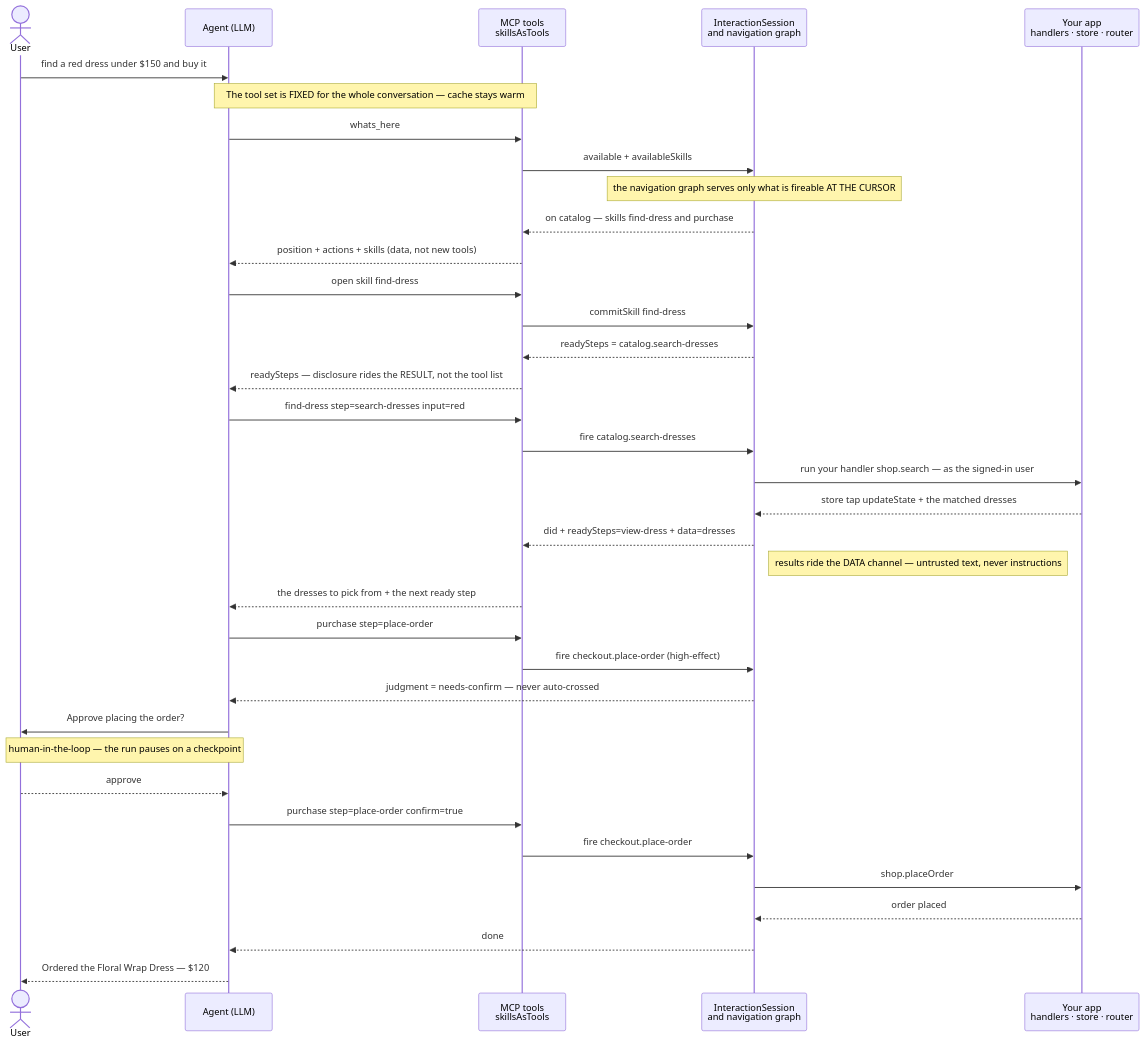
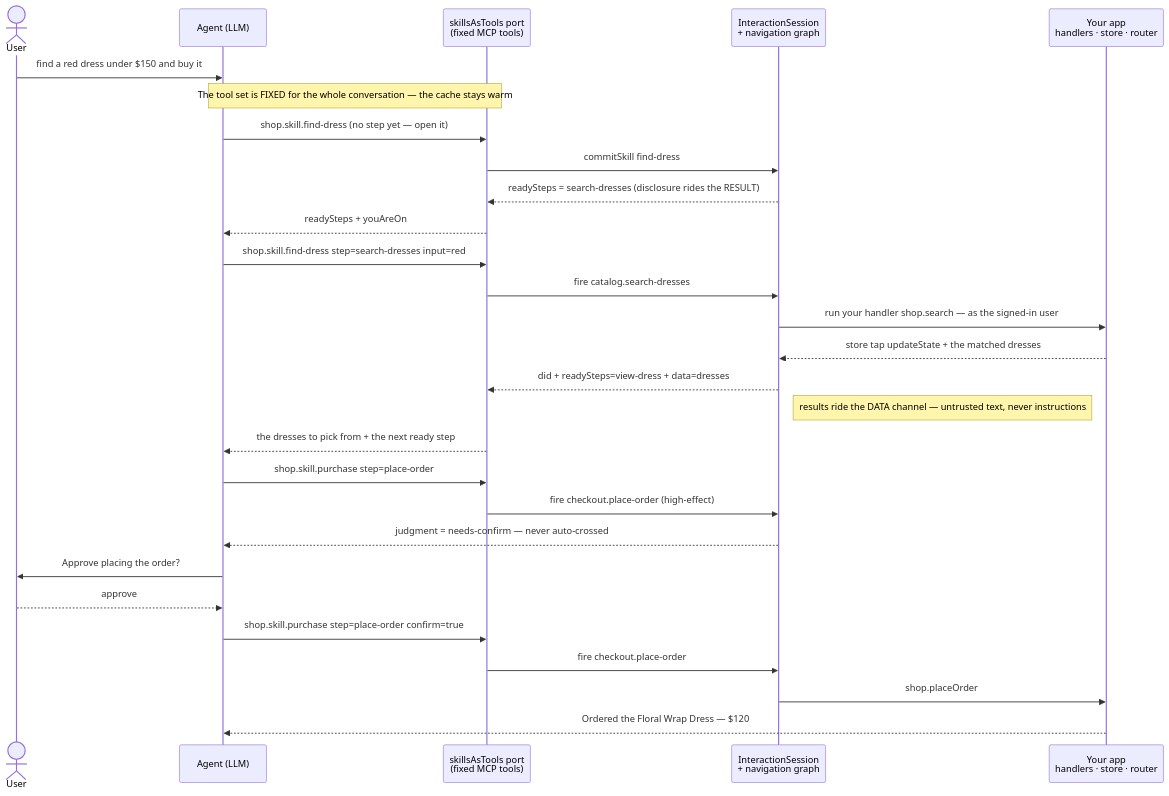
The diagram in README.md (footprintjs/hcifootprint), drawn with Mermaid before and after one commit. The commit also changed other lines of this file and 17 other files, not shown here.

````diff
--- a/README.md
+++ b/README.md
@@ -47,43 +162,34 @@
 ```mermaid
 sequenceDiagram
   actor U as User
   participant A as Agent (LLM)
-  participant T as MCP tools<br/>skillsAsTools
-  participant S as InteractionSession<br/>and navigation graph
+  participant T as skillsAsTools port<br/>(fixed MCP tools)
+  participant S as InteractionSession<br/>+ navigation graph
   participant App as Your app<br/>handlers · store · router
 
   U->>A: find a red dress under $150 and buy it
-  Note over A,T: The tool set is FIXED for the whole conversation — cache stays warm
+  Note over A,T: The tool set is FIXED for the whole conversation — the cache stays warm
 
-  A->>T: whats_here
-  T->>S: available + availableSkills
-  Note over S: the navigation graph serves only what is fireable AT THE CURSOR
-  S-->>T: on catalog — skills find-dress and purchase
-  T-->>A: position + actions + skills (data, not new tools)
+  A->>T: shop.skill.find-dress   (no step yet — open it)
+  T->>S: commitSkill find-dress
+  S-->>T: readySteps = search-dresses   (disclosure rides the RESULT)
+  T-->>A: readySteps + youAreOn
 
-  A->>T: open skill find-dress
-  T->>S: commitSkill find-dress
-  S-->>T: readySteps = catalog.search-dresses
-  T-->>A: readySteps — disclosure rides the RESULT, not the tool list
-
-  A->>T: find-dress step=search-dresses input=red
+  A->>T: shop.skill.find-dress  step=search-dresses  input=red
   T->>S: fire catalog.search-dresses
   S->>App: run your handler shop.search — as the signed-in user
   App-->>S: store tap updateState + the matched dresses
   S-->>T: did + readySteps=view-dress + data=dresses
   Note right of S: results ride the DATA channel — untrusted text, never instructions
   T-->>A: the dresses to pick from + the next ready step
 
-  A->>T: purchase step=place-order
-  T->>S: fire checkout.place-order (high-effect)
+  A->>T: shop.skill.purchase  step=place-order
+  T->>S: fire checkout.place-order  (high-effect)
   S-->>A: judgment = needs-confirm — never auto-crossed
   A->>U: Approve placing the order?
-  Note over A,U: human-in-the-loop — the run pauses on a checkpoint
   U-->>A: approve
-  A->>T: purchase step=place-order confirm=true
+  A->>T: shop.skill.purchase  step=place-order  confirm=true
   T->>S: fire checkout.place-order
   S->>App: shop.placeOrder
-  App-->>S: order placed
-  S-->>A: done
-  A-->>U: Ordered the Floral Wrap Dress — $120
+  App-->>A: Ordered the Floral Wrap Dress — $120
 ```
````
